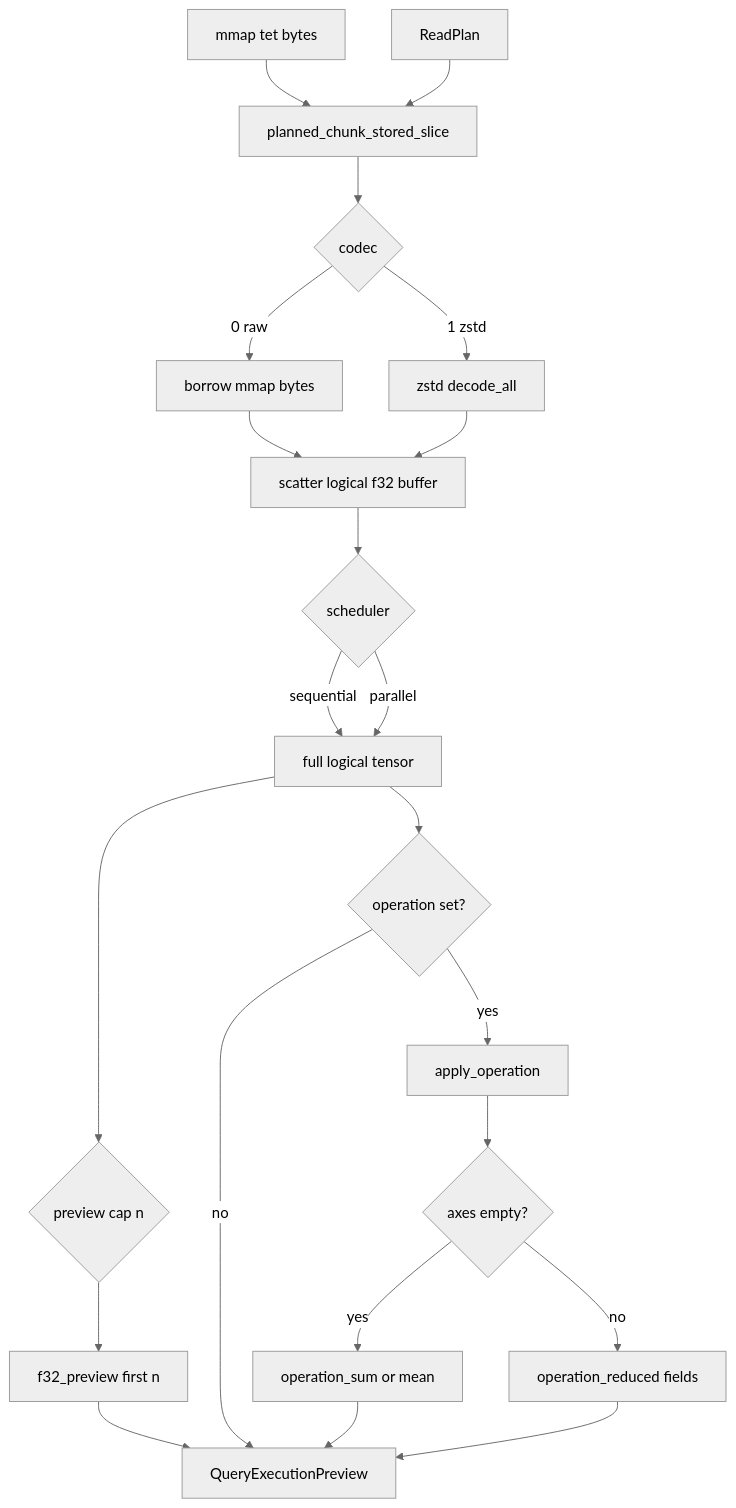
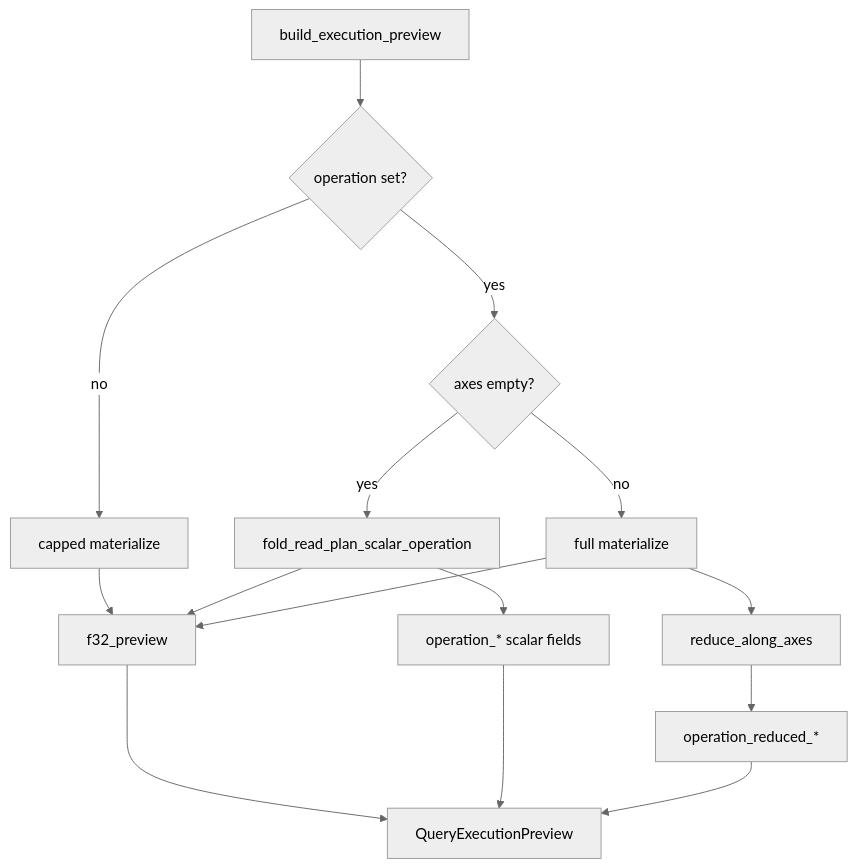
One commit to thicclatka/tetration changed the second of 2 diagrams in docs/query_engine.md. Above: the diagram before and after it, drawn with Mermaid (neutral theme). The commit also changed other lines of this file and 13 other files, not shown here.

First line of the commit message:
feat(query): add min/max/count, scalar fold path, and execution preview builders

````diff
--- a/docs/query_engine.md
+++ b/docs/query_engine.md
@@ -90,27 +86,20 @@
 ```mermaid
 flowchart TD
-    Mmap["mmap tet bytes"]
-    Plan["ReadPlan"]
-    Mmap --> Slice["planned_chunk_stored_slice"]
-    Plan --> Slice
-    Slice --> Decode{"codec"}
-    Decode -->|0 raw| Raw["borrow mmap bytes"]
-    Decode -->|1 zstd| Zstd["zstd decode_all"]
-    Raw --> Scatter["scatter logical f32 buffer"]
-    Zstd --> Scatter
-    Scatter --> SeqPar{"scheduler"}
-    SeqPar -->|sequential| Full["full logical tensor"]
-    SeqPar -->|parallel| Full
+    BEP["build_execution_preview"]
+    BEP --> OpGate{"operation set?"}
+    OpGate -->|no| CapMat["capped materialize"]
+    CapMat --> Preview["f32_preview"]
+    Preview --> Done["QueryExecutionPreview"]
 
-    Full --> Cap{"preview cap n"}
-    Cap --> Preview["f32_preview first n"]
-    Full --> OpGate{"operation set?"}
-    OpGate -->|no| Done["QueryExecutionPreview"]
-    OpGate -->|yes| Reduce["apply_operation"]
-    Reduce --> Scalar{"axes empty?"}
-    Scalar -->|yes| S["operation_sum or mean"]
-    Scalar -->|no| P["operation_reduced fields"]
-    Preview --> Done
-    S --> Done
-    P --> Done
+    OpGate -->|yes| Axes{"axes empty?"}
+    Axes -->|yes| Fold["fold_read_plan_scalar_operation"]
+    Fold --> Preview
+    Fold --> Scalar["operation_* scalar fields"]
+    Scalar --> Done
+
+    Axes -->|no| FullMat["full materialize"]
+    FullMat --> Reduce["reduce_along_axes"]
+    Reduce --> Partial["operation_reduced_*"]
+    FullMat --> Preview
+    Partial --> Done
 ```
````
